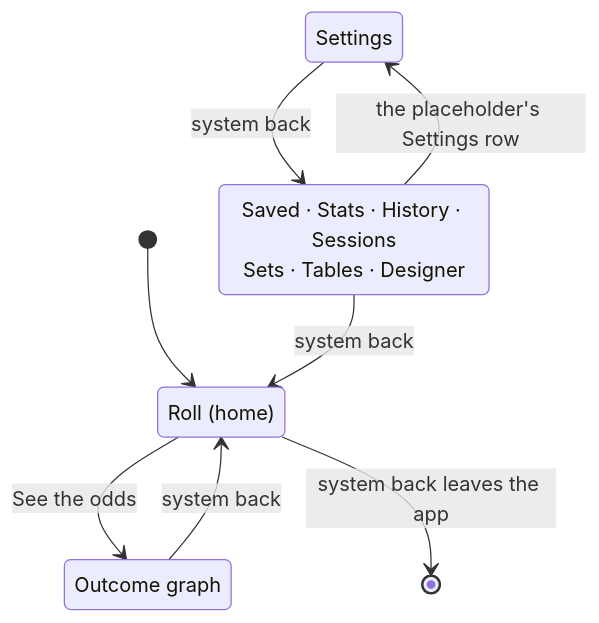
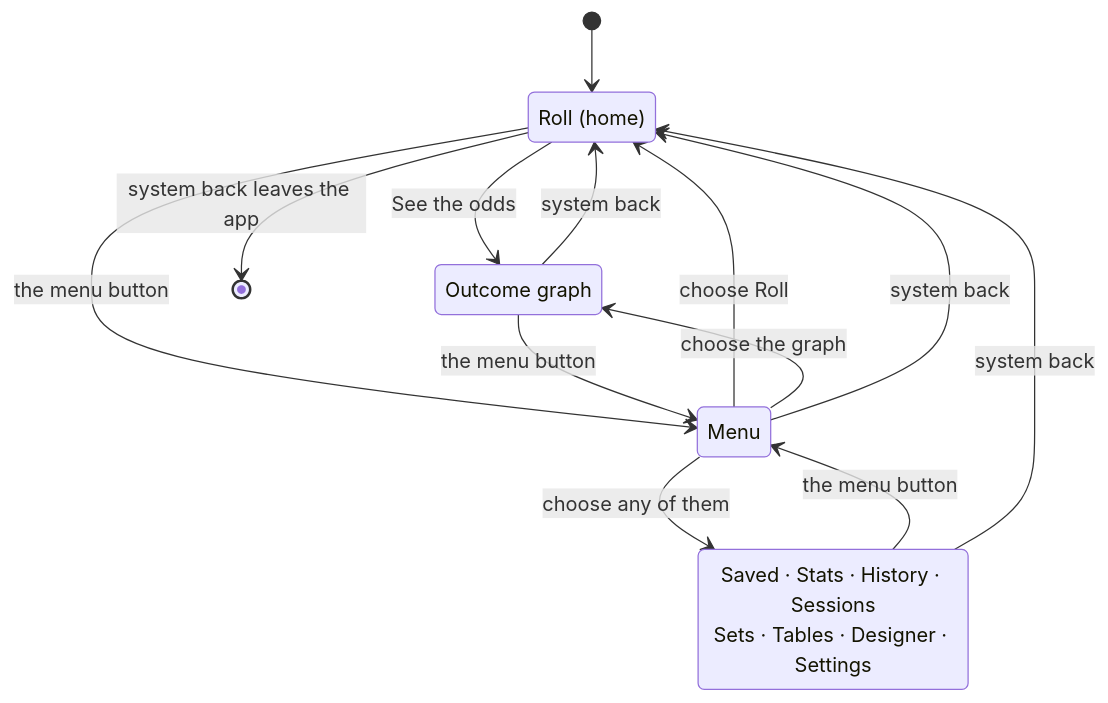
The first of 6 diagrams in docs/architecture.md (drehtuer/dInfinityApp), drawn with Mermaid before and after one commit. The commit also changed other lines of this file and 13 other files, not shown here.

````diff
--- a/docs/architecture.md
+++ b/docs/architecture.md
@@ -112,15 +114,20 @@
 ```mermaid
 stateDiagram-v2
     [*] --> Roll
     Roll: Roll (home)
+    Menu: Menu
     Graph: Outcome graph
-    Settings: Settings
-    Other: Saved · Stats · History · Sessions<br/>Sets · Tables · Designer
+    Screen: Saved · Stats · History · Sessions<br/>Sets · Tables · Designer · Settings
 
     Roll --> Graph: See the odds
+    Roll --> Menu: the menu button
+    Graph --> Menu: the menu button
+    Screen --> Menu: the menu button
+    Menu --> Roll: choose Roll
+    Menu --> Graph: choose the graph
+    Menu --> Screen: choose any of them
     Graph --> Roll: system back
-    Other --> Settings: the placeholder's Settings row
-    Settings --> Other: system back
-    Other --> Roll: system back
+    Screen --> Roll: system back
+    Menu --> Roll: system back
     Roll --> [*]: system back leaves the app
 ```
````
